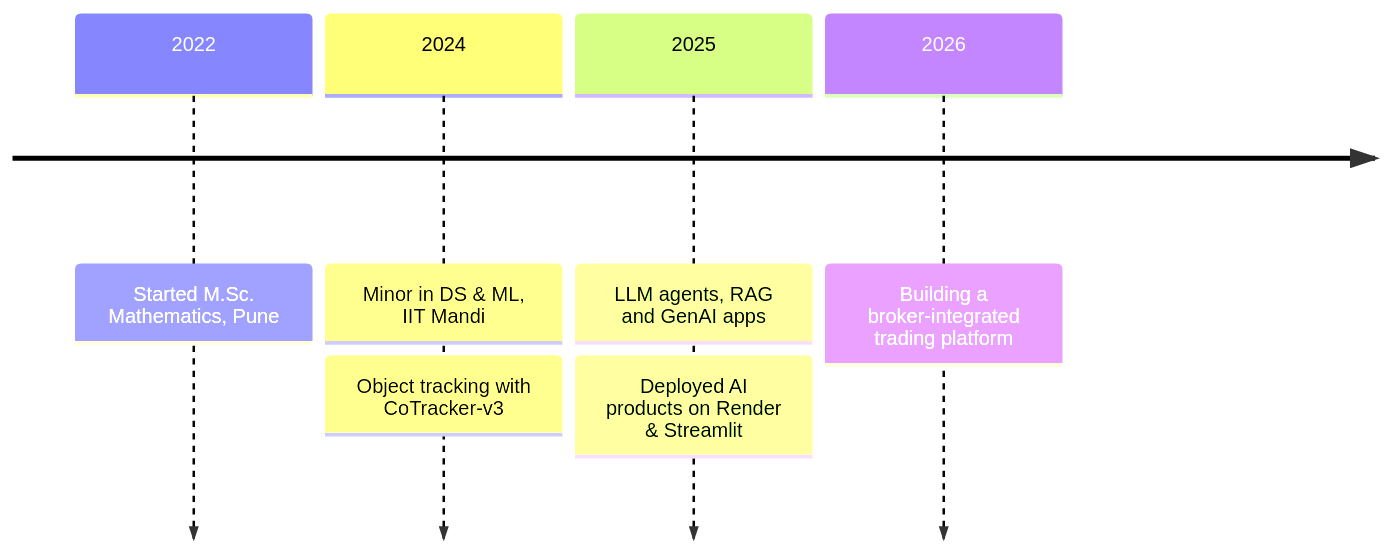
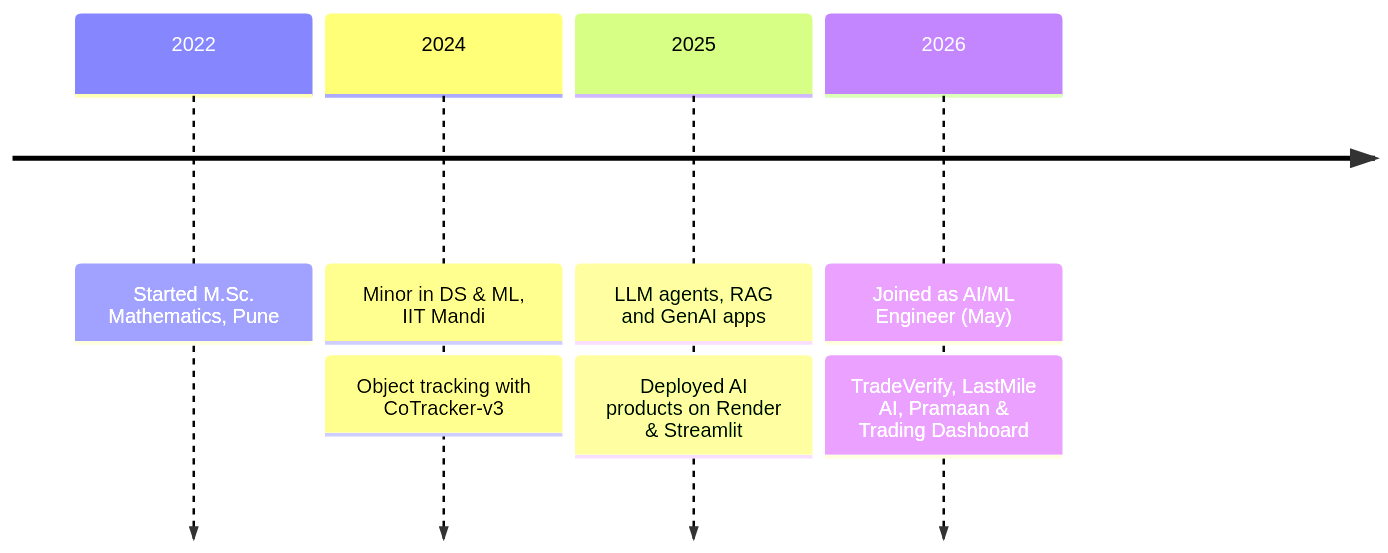
The diagram in README.md (AshishLahire/AshishLahire), drawn with Mermaid before and after one commit. The commit also changed other lines of this file, not shown here.

Commit message:
Add current AI/ML Engineer role (May 2026)

````diff
--- a/README.md
+++ b/README.md
@@ -47,9 +48,10 @@
 ```mermaid
 timeline
     2022 : Started M.Sc. Mathematics, Pune
     2024 : Minor in DS & ML, IIT Mandi
          : Object tracking with CoTracker-v3
     2025 : LLM agents, RAG and GenAI apps
          : Deployed AI products on Render & Streamlit
-    2026 : Building a broker-integrated trading platform
+    2026 : Joined as AI/ML Engineer (May)
+         : TradeVerify, LastMile AI, Pramaan & Trading Dashboard
 ```
````
